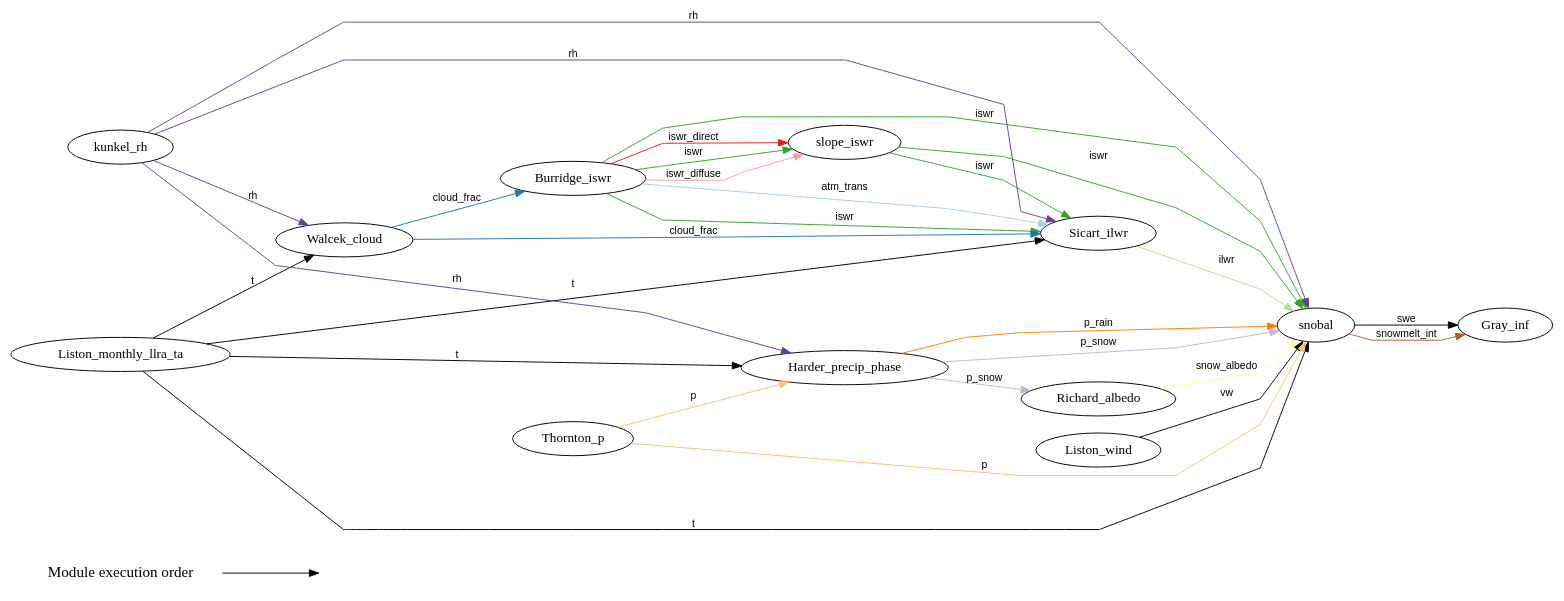
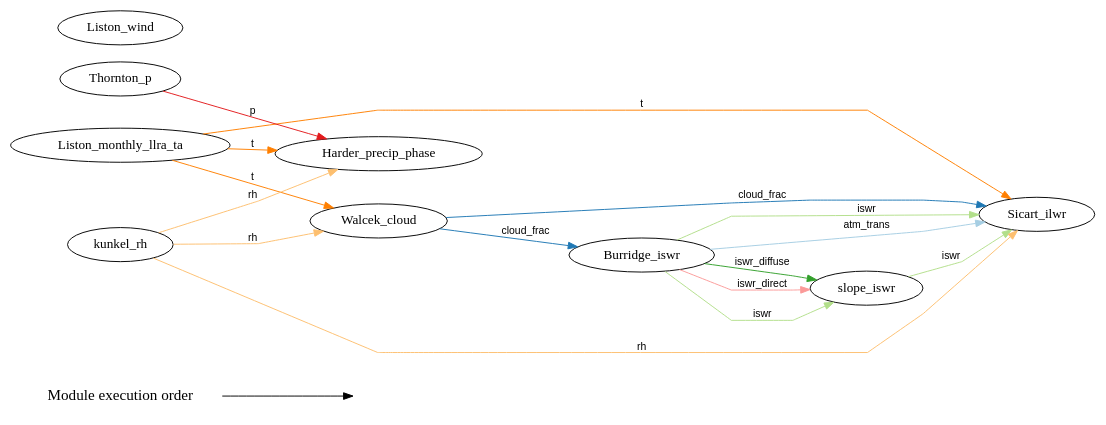
The diagram in modules.dot (Chrismarsh/CHM), drawn with Graphviz before and after one commit. The commit also changed 52 other files, not shown here.

```diff
--- a/modules.dot
+++ b/modules.dot
@@ -1,167 +1,99 @@
 digraph G {
 	graph [rankdir=LR,
 		splines=polyline
 	];
 	{
 		node [fontsize=16,
 			shape=plaintext
 		];
 		"Module execution order"		 [fontsize=16,
 			shape=plaintext];
 		""		 [fontsize=16,
 			shape=plaintext];
 		"Module execution order" -> "";
 	}
 	0	 [label=Burridge_iswr];
-	6	 [label=Sicart_ilwr];
-	0 -> 6	 [color="/paired12/4",
+	4	 [label=Sicart_ilwr];
+	0 -> 4	 [color="/paired12/3",
 		edgetype=iswr,
 		fontname=Helvetica,
 		fontsize=11,
 		label=iswr];
-	0 -> 6	 [color="/paired12/1",
+	0 -> 4	 [color="/paired12/1",
 		edgetype=atm_trans,
 		fontname=Helvetica,
 		fontsize=11,
 		label=atm_trans];
-	10	 [label=slope_iswr];
-	0 -> 10	 [color="/paired12/4",
+	8	 [label=slope_iswr];
+	0 -> 8	 [color="/paired12/3",
 		edgetype=iswr,
 		fontname=Helvetica,
 		fontsize=11,
 		label=iswr];
-	0 -> 10	 [color="/paired12/5",
+	0 -> 8	 [color="/paired12/4",
 		edgetype=iswr_diffuse,
 		fontname=Helvetica,
 		fontsize=11,
 		label=iswr_diffuse];
-	0 -> 10	 [color="/paired12/6",
+	0 -> 8	 [color="/paired12/5",
 		edgetype=iswr_direct,
 		fontname=Helvetica,
 		fontsize=11,
 		label=iswr_direct];
-	11	 [label=snobal];
-	0 -> 11	 [color="/paired12/4",
+	1	 [label=Harder_precip_phase];
+	2	 [label=Liston_monthly_llra_ta];
+	2 -> 1	 [color="/paired12/8",
+		edgetype=t,
+		fontname=Helvetica,
+		fontsize=11,
+		label=t];
+	2 -> 4	 [color="/paired12/8",
+		edgetype=t,
+		fontname=Helvetica,
+		fontsize=11,
+		label=t];
+	6	 [label=Walcek_cloud];
+	2 -> 6	 [color="/paired12/8",
+		edgetype=t,
+		fontname=Helvetica,
+		fontsize=11,
+		label=t];
+	3	 [label=Liston_wind];
+	5	 [label=Thornton_p];
+	5 -> 1	 [color="/paired12/6",
+		edgetype=p,
+		fontname=Helvetica,
+		fontsize=11,
+		label=p];
+	6 -> 0	 [color="/paired12/2",
+		edgetype=cloud_frac,
+		fontname=Helvetica,
+		fontsize=11,
+		label=cloud_frac];
+	6 -> 4	 [color="/paired12/2",
+		edgetype=cloud_frac,
+		fontname=Helvetica,
+		fontsize=11,
+		label=cloud_frac];
+	7	 [label=kunkel_rh];
+	7 -> 1	 [color="/paired12/7",
+		edgetype=rh,
+		fontname=Helvetica,
+		fontsize=11,
+		label=rh];
+	7 -> 4	 [color="/paired12/7",
+		edgetype=rh,
+		fontname=Helvetica,
+		fontsize=11,
+		label=rh];
+	7 -> 6	 [color="/paired12/7",
+		edgetype=rh,
+		fontname=Helvetica,
+		fontsize=11,
+		label=rh];
+	8 -> 4	 [color="/paired12/3",
 		edgetype=iswr,
 		fontname=Helvetica,
 		fontsize=11,
 		label=iswr];
-	1	 [label=Gray_inf];
-	2	 [label=Harder_precip_phase];
-	5	 [label=Richard_albedo];
-	2 -> 5	 [color="/paired12/9",
-		edgetype=p_snow,
-		fontname=Helvetica,
-		fontsize=11,
-		label=p_snow];
-	2 -> 11	 [color="/paired12/8",
-		edgetype=p_rain,
-		fontname=Helvetica,
-		fontsize=11,
-		label=p_rain];
-	2 -> 11	 [color="/paired12/9",
-		edgetype=p_snow,
-		fontname=Helvetica,
-		fontsize=11,
-		label=p_snow];
-	3	 [label=Liston_monthly_llra_ta];
-	3 -> 2	 [color="/paired12/14",
-		edgetype=t,
-		fontname=Helvetica,
-		fontsize=11,
-		label=t];
-	3 -> 6	 [color="/paired12/14",
-		edgetype=t,
-		fontname=Helvetica,
-		fontsize=11,
-		label=t];
-	8	 [label=Walcek_cloud];
-	3 -> 8	 [color="/paired12/14",
-		edgetype=t,
-		fontname=Helvetica,
-		fontsize=11,
-		label=t];
-	3 -> 11	 [color="/paired12/14",
-		edgetype=t,
-		fontname=Helvetica,
-		fontsize=11,
-		label=t];
-	4	 [label=Liston_wind];
-	4 -> 11	 [color="/paired12/15",
-		edgetype=vw,
-		fontname=Helvetica,
-		fontsize=11,
-		label=vw];
-	5 -> 11	 [color="/paired12/11",
-		edgetype=snow_albedo,
-		fontname=Helvetica,
-		fontsize=11,
-		label=snow_albedo];
-	6 -> 11	 [color="/paired12/3",
-		edgetype=ilwr,
-		fontname=Helvetica,
-		fontsize=11,
-		label=ilwr];
-	7	 [label=Thornton_p];
-	7 -> 2	 [color="/paired12/7",
-		edgetype=p,
-		fontname=Helvetica,
-		fontsize=11,
-		label=p];
-	7 -> 11	 [color="/paired12/7",
-		edgetype=p,
-		fontname=Helvetica,
-		fontsize=11,
-		label=p];
-	8 -> 0	 [color="/paired12/2",
-		edgetype=cloud_frac,
-		fontname=Helvetica,
-		fontsize=11,
-		label=cloud_frac];
-	8 -> 6	 [color="/paired12/2",
-		edgetype=cloud_frac,
-		fontname=Helvetica,
-		fontsize=11,
-		label=cloud_frac];
-	9	 [label=kunkel_rh];
-	9 -> 2	 [color="/paired12/10",
-		edgetype=rh,
-		fontname=Helvetica,
-		fontsize=11,
-		label=rh];
-	9 -> 6	 [color="/paired12/10",
-		edgetype=rh,
-		fontname=Helvetica,
-		fontsize=11,
-		label=rh];
-	9 -> 8	 [color="/paired12/10",
-		edgetype=rh,
-		fontname=Helvetica,
-		fontsize=11,
-		label=rh];
-	9 -> 11	 [color="/paired12/10",
-		edgetype=rh,
-		fontname=Helvetica,
-		fontsize=11,
-		label=rh];
-	10 -> 6	 [color="/paired12/4",
-		edgetype=iswr,
-		fontname=Helvetica,
-		fontsize=11,
-		label=iswr];
-	10 -> 11	 [color="/paired12/4",
-		edgetype=iswr,
-		fontname=Helvetica,
-		fontsize=11,
-		label=iswr];
-	11 -> 1	 [color="/paired12/13",
-		edgetype=swe,
-		fontname=Helvetica,
-		fontsize=11,
-		label=swe];
-	11 -> 1	 [color="/paired12/12",
-		edgetype=snowmelt_int,
-		fontname=Helvetica,
-		fontsize=11,
-		label=snowmelt_int];
 }
```
